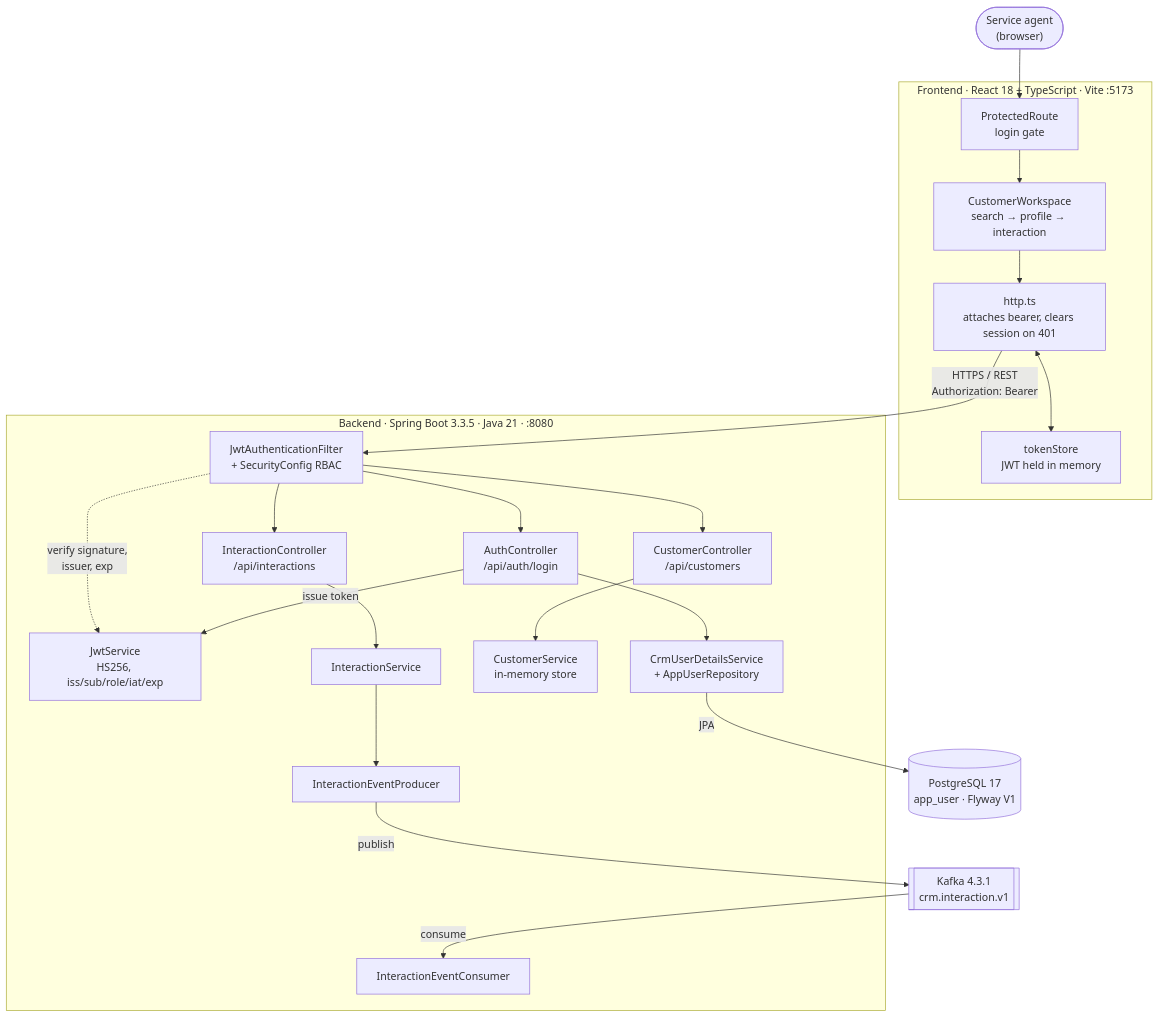
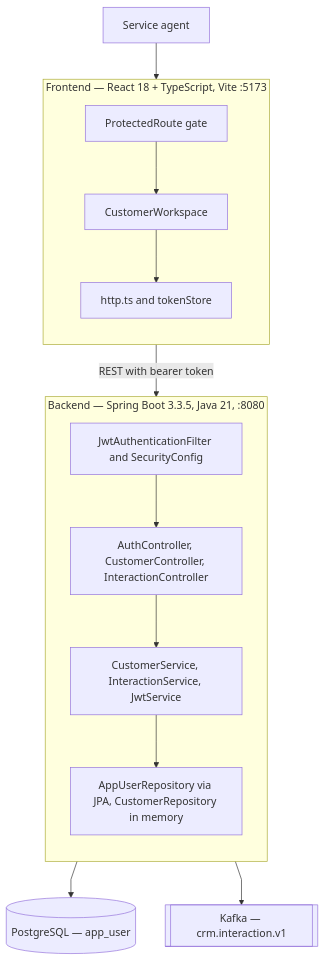
One commit to pupilliluke/java-bootcamp-capstone changed the first of 4 diagrams in docs/architecture.md. Above: the diagram before and after it, drawn with Mermaid. The commit also changed other lines of this file and 6 other files, not shown here.

````diff
--- a/docs/architecture.md
+++ b/docs/architecture.md
@@ -8,48 +8,33 @@
 ```mermaid
+%%{init: {"flowchart": {"curve": "linear", "nodeSpacing": 45, "rankSpacing": 55}}}%%
 flowchart TB
-  Agent(["Service agent<br/>(browser)"])
+  Agent["Service agent"]
 
-  subgraph Frontend["Frontend · React 18 + TypeScript · Vite :5173"]
-    Guard["ProtectedRoute<br/>login gate"]
-    Workspace["CustomerWorkspace<br/>search → profile → interaction"]
-    Store["tokenStore<br/>JWT held in memory"]
-    Http["http.ts<br/>attaches bearer, clears session on 401"]
+  subgraph FE["Frontend — React 18 + TypeScript, Vite :5173"]
+    direction TB
+    Guard["ProtectedRoute gate"]
+    Work["CustomerWorkspace"]
+    Client["http.ts and tokenStore"]
   end
 
-  subgraph Backend["Backend · Spring Boot 3.3.5 · Java 21 · :8080"]
-    Filter["JwtAuthenticationFilter<br/>+ SecurityConfig RBAC"]
-    AuthC["AuthController<br/>/api/auth/login"]
-    CustC["CustomerController<br/>/api/customers"]
-    IntC["InteractionController<br/>/api/interactions"]
-    Jwt["JwtService<br/>HS256, iss/sub/role/iat/exp"]
-    Users["CrmUserDetailsService<br/>+ AppUserRepository"]
-    CustSvc["CustomerService<br/>in-memory store"]
-    IntSvc["InteractionService"]
-    Prod["InteractionEventProducer"]
-    Cons["InteractionEventConsumer"]
+  subgraph BE["Backend — Spring Boot 3.3.5, Java 21, :8080"]
+    direction TB
+    Filter["JwtAuthenticationFilter and SecurityConfig"]
+    Ctrl["AuthController, CustomerController, InteractionController"]
+    Svc["CustomerService, InteractionService, JwtService"]
+    Repo["AppUserRepository via JPA, CustomerRepository in memory"]
   end
 
-  DB[("PostgreSQL 17<br/>app_user · Flyway V1")]
-  Topic[["Kafka 4.3.1<br/>crm.interaction.v1"]]
+  DB[("PostgreSQL — app_user")]
+  Topic[["Kafka — crm.interaction.v1"]]
 
   Agent --> Guard
-  Guard --> Workspace
-  Workspace --> Http
-  Http <--> Store
-  Http -->|"HTTPS / REST<br/>Authorization: Bearer"| Filter
-
-  Filter --> AuthC
-  Filter --> CustC
-  Filter --> IntC
-  Filter -.->|"verify signature,<br/>issuer, exp"| Jwt
-
-  AuthC --> Users
-  AuthC -->|"issue token"| Jwt
-  Users -->|"JPA"| DB
-
-  CustC --> CustSvc
-  IntC --> IntSvc
-  IntSvc --> Prod
-  Prod -->|publish| Topic
-  Topic -->|consume| Cons
+  Guard --> Work
+  Work --> Client
+  Client -- "REST with bearer token" --> Filter
+  Filter --> Ctrl
+  Ctrl --> Svc
+  Svc --> Repo
+  Repo --> DB
+  Svc --> Topic
 ```
````
